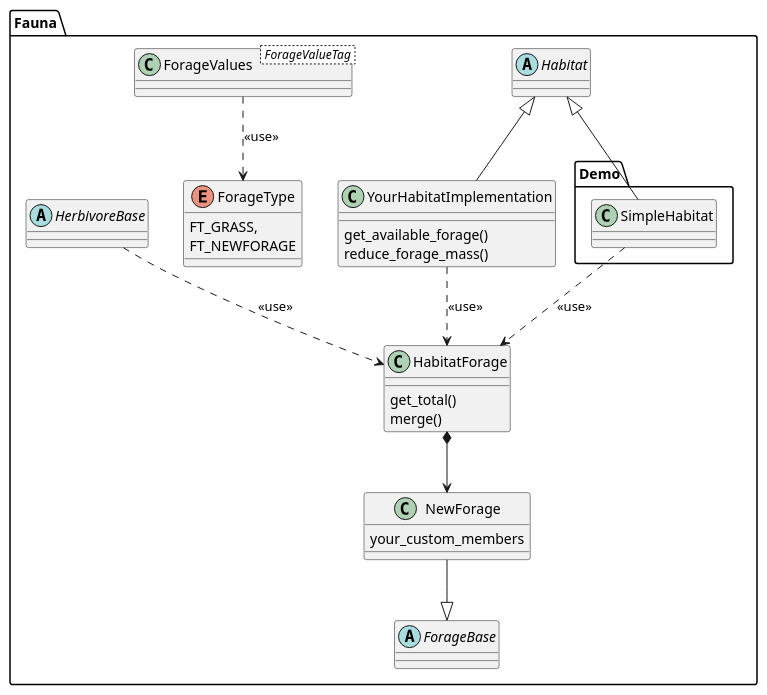
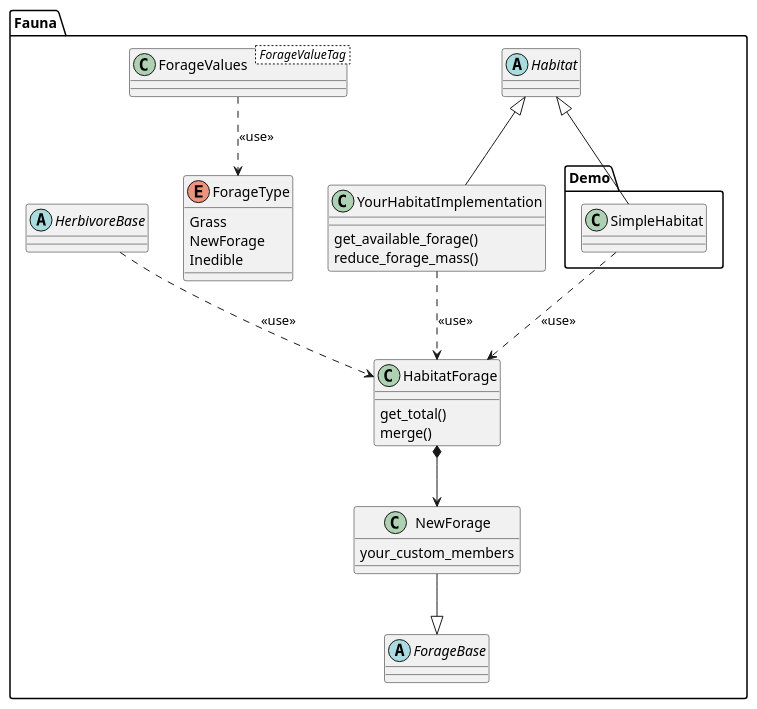
Before and after one commit to wtraylor/modular_megafauna_model: the ninth of 14 diagrams in docs/diagrams.iuml, drawn with PlantUML. The commit also changed other lines of this file and 16 other files, not shown here.

```diff
--- a/docs/diagrams.iuml
+++ b/docs/diagrams.iuml
@@ -238,33 +238,34 @@
 @startuml (id=new_forage_type)
   namespace Fauna{
     enum ForageType {
-      FT_GRASS,
-      FT_NEWFORAGE
+      Grass
+      NewForage
+      Inedible
     }
     class ForageValues< ForageValueTag >
     ForageValues ..> ForageType : <<use>>
     abstract ForageBase
     class NewForage{
       your_custom_members
     }
     NewForage --|> ForageBase
     class HabitatForage{
       get_total()
       merge()
     }
     HabitatForage *--> NewForage
     abstract HerbivoreBase
     HerbivoreBase ..> HabitatForage : <<use>>
     class YourHabitatImplementation{
       get_available_forage()
       reduce_forage_mass()
     }
     YourHabitatImplementation ..> HabitatForage : <<use>>
     abstract Habitat
     YourHabitatImplementation -up-|> Habitat
     namespace Demo{
       SimpleHabitat  ..> Fauna.HabitatForage : <<use>>
       SimpleHabitat -up-|> Fauna.Habitat
     }
   }
 @enduml
```
